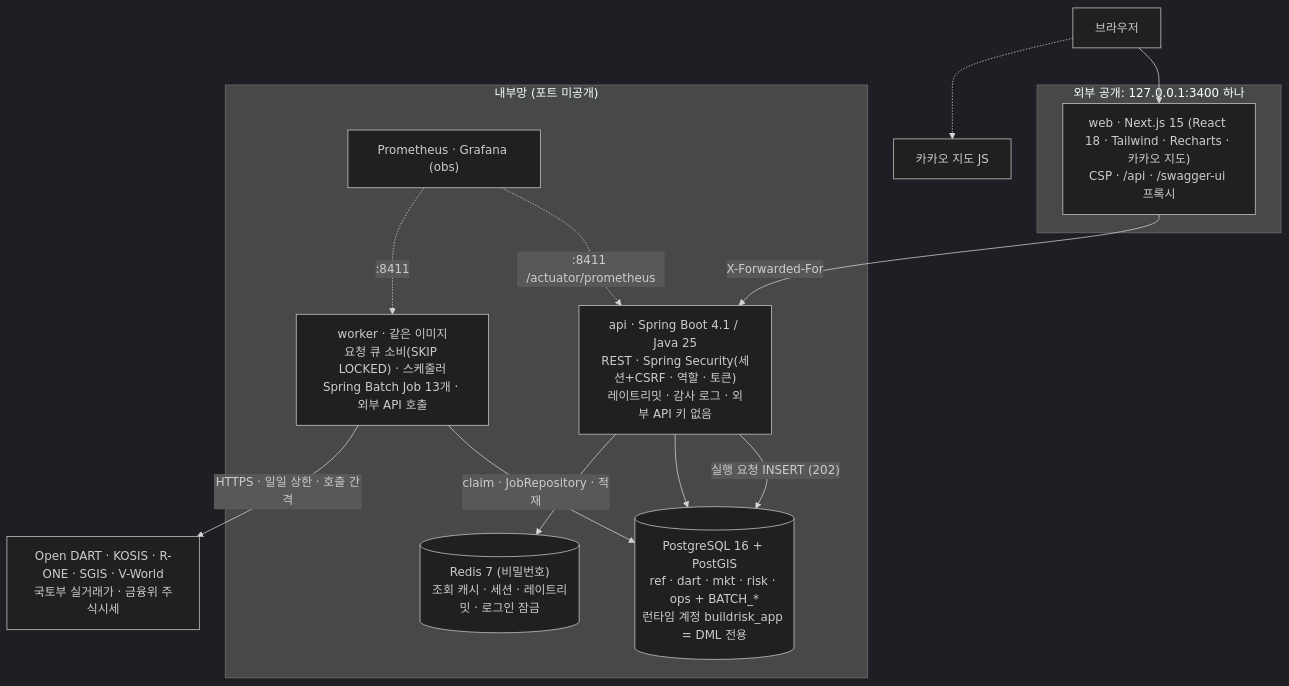
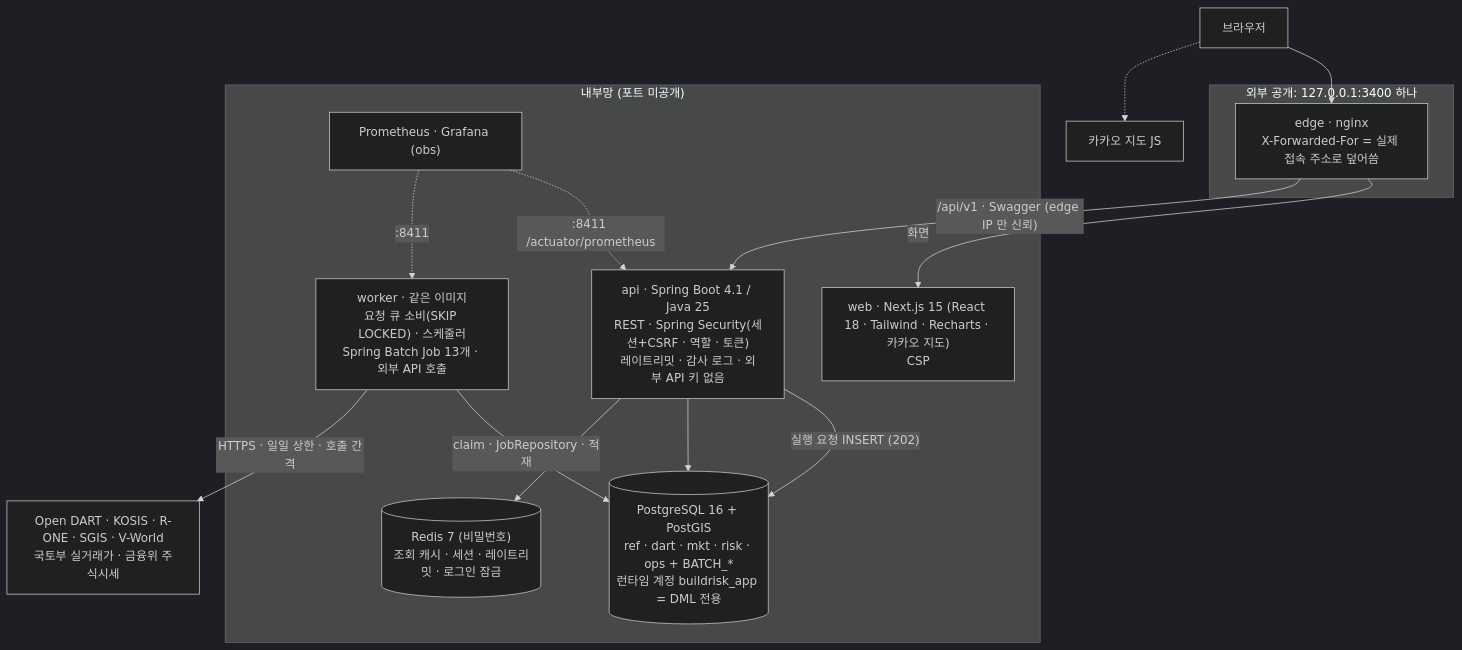
Before and after one commit to Jinyoung-Kang/buildrisk-radar: the first of 2 diagrams in README.md, drawn with Mermaid (dark theme). The commit also changed other lines of this file and 9 other files, not shown here.

First line of the commit message:
fix(security): edge(nginx) 단일 진입점 — X-Forwarded-For 위조 · 레이트리밋 버킷 공유 해결

````diff
--- a/README.md
+++ b/README.md
@@ -107,27 +107,29 @@
 ```mermaid
 flowchart TB
   user["브라우저"]
-  subgraph edge["외부 공개: 127.0.0.1:3400 하나"]
-    web["web · Next.js 15 (React 18 · Tailwind · Recharts · 카카오 지도)<br/>CSP · /api · /swagger-ui 프록시"]
+  subgraph edgezone["외부 공개: 127.0.0.1:3400 하나"]
+    edge["edge · nginx<br/>X-Forwarded-For = 실제 접속 주소로 덮어씀"]
   end
   subgraph internal["내부망 (포트 미공개)"]
+    web["web · Next.js 15 (React 18 · Tailwind · Recharts · 카카오 지도)<br/>CSP"]
     api["api · Spring Boot 4.1 / Java 25<br/>REST · Spring Security(세션+CSRF · 역할 · 토큰)<br/>레이트리밋 · 감사 로그 · 외부 API 키 없음"]
     worker["worker · 같은 이미지<br/>요청 큐 소비(SKIP LOCKED) · 스케줄러<br/>Spring Batch Job 13개 · 외부 API 호출"]
     pg[("PostgreSQL 16 + PostGIS<br/>ref · dart · mkt · risk · ops + BATCH_*<br/>런타임 계정 buildrisk_app = DML 전용")]
     redis[("Redis 7 (비밀번호)<br/>조회 캐시 · 세션 · 레이트리밋 · 로그인 잠금")]
     prom["Prometheus · Grafana (obs)"]
   end
   ext["Open DART · KOSIS · R-ONE · SGIS · V-World<br/>국토부 실거래가 · 금융위 주식시세"]
   kakao["카카오 지도 JS"]
 
-  user --> web
+  user --> edge
   user -.-> kakao
-  web -- "X-Forwarded-For" --> api
+  edge -- "화면" --> web
+  edge -- "/api/v1 · Swagger (edge IP 만 신뢰)" --> api
   api -- "실행 요청 INSERT (202)" --> pg
   worker -- "claim · JobRepository · 적재" --> pg
   worker -- "HTTPS · 일일 상한 · 호출 간격" --> ext
   api --> pg
   api --> redis
   prom -. ":8411 /actuator/prometheus" .-> api
   prom -. ":8411" .-> worker
 ```
````
